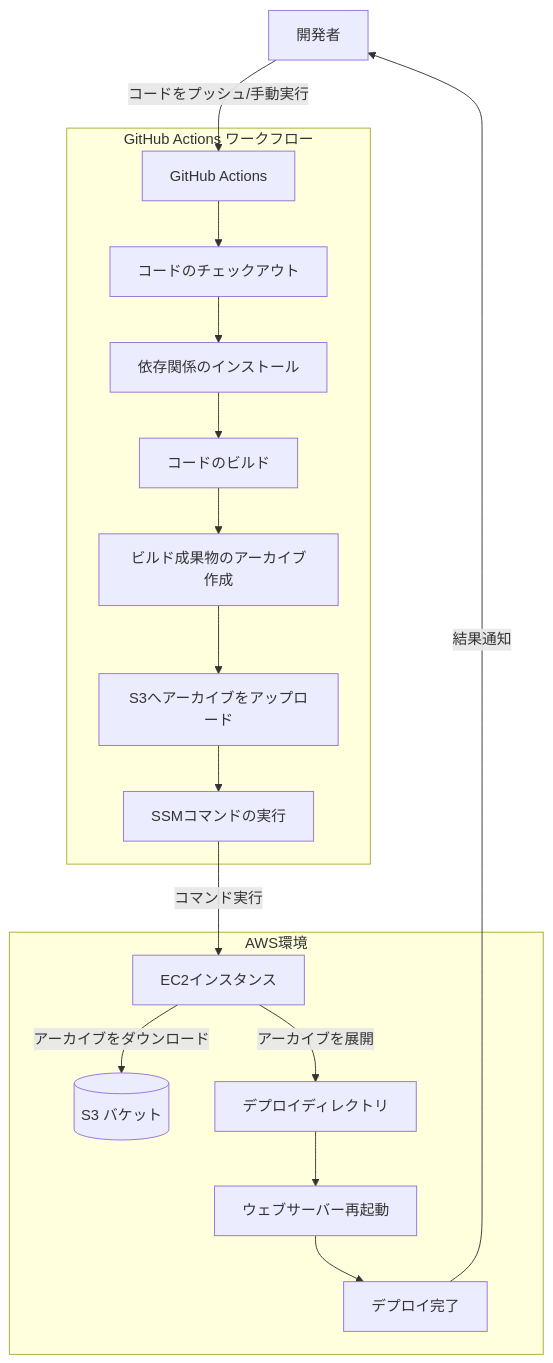
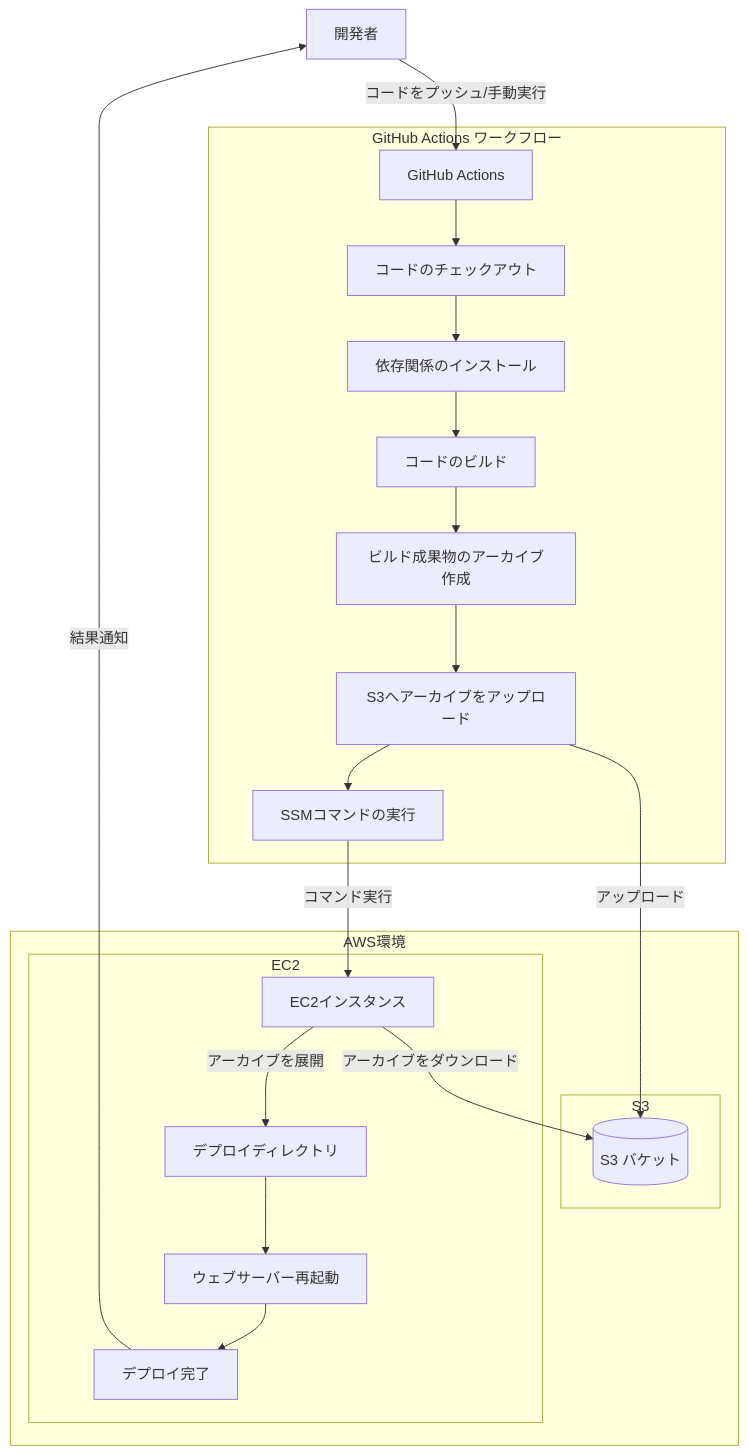
The first of 3 diagrams in docs/Actions/run/README.md (EasyGo-MultiSender/MultiSender-Front), drawn with Mermaid before and after one commit.

Commit message:
図を修正

````diff
--- a/docs/Actions/run/README.md
+++ b/docs/Actions/run/README.md
@@ -29,23 +29,31 @@
 ```mermaid
 flowchart TD
     A[開発者] -->|コードをプッシュ/手動実行| B[GitHub Actions]
     
     subgraph "GitHub Actions ワークフロー"
     B --> C[コードのチェックアウト]
     C --> D[依存関係のインストール]
     D --> E[コードのビルド]
     E --> F[ビルド成果物のアーカイブ作成]
     F --> G[S3へアーカイブをアップロード]
     G --> H[SSMコマンドの実行]
     end
     
     subgraph "AWS環境"
-    H -->|コマンド実行| I[EC2インスタンス]
-    I -->|アーカイブをダウンロード| S[(S3 バケット)]
-    I -->|アーカイブを展開| J[デプロイディレクトリ]
-    J --> K[ウェブサーバー再起動]
-    K --> L[デプロイ完了]
+        subgraph "S3"
+            S[(S3 バケット)]
+        end
+        
+        subgraph "EC2"
+            I[EC2インスタンス]
+            I -->|アーカイブを展開| J[デプロイディレクトリ]
+            J --> K[ウェブサーバー再起動]
+            K --> L[デプロイ完了]
+        end
     end
     
+    G -->|アップロード| S
+    H -->|コマンド実行| I
+    I -->|アーカイブをダウンロード| S
     L -->|結果通知| A
 ```
````
